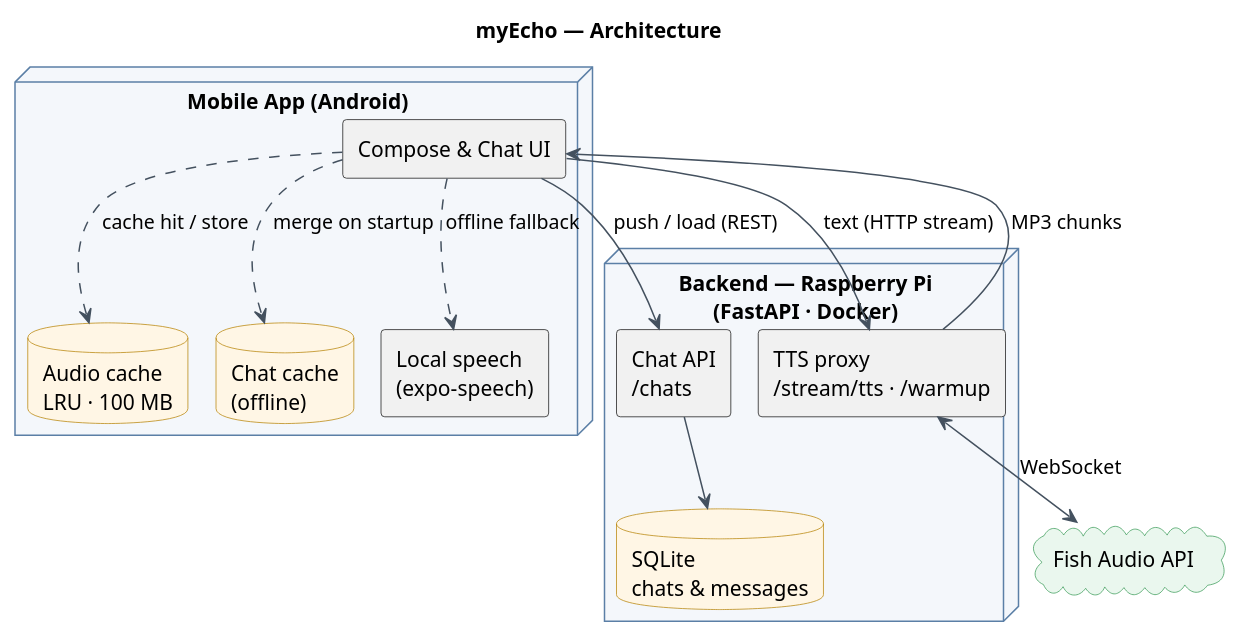
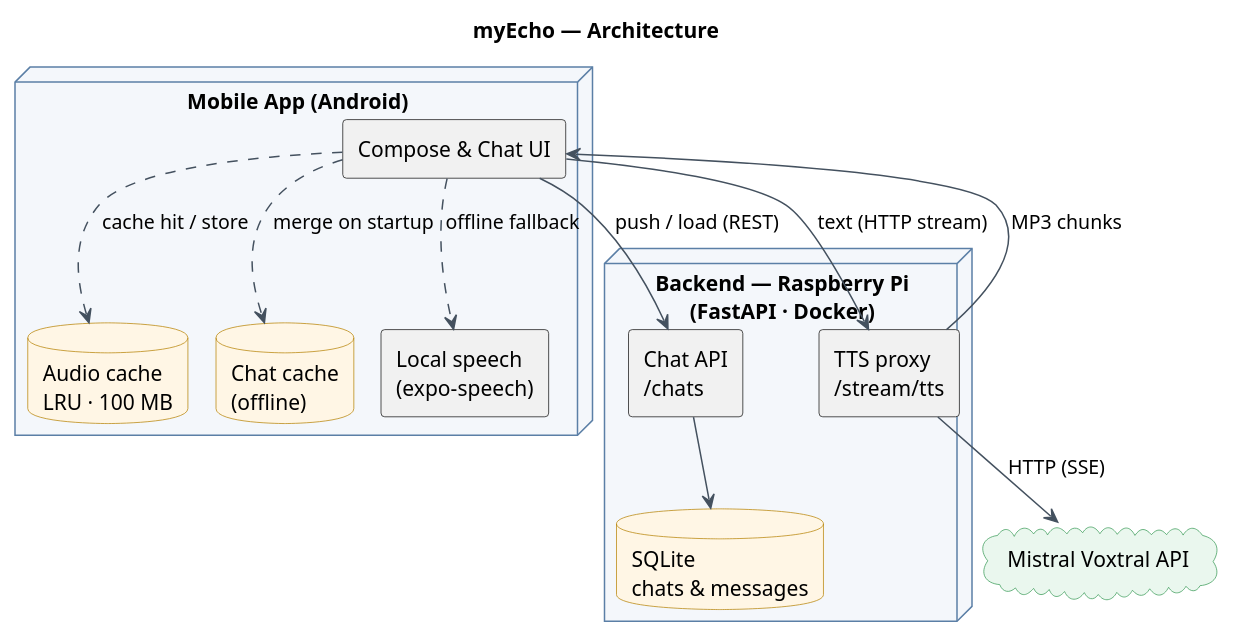
One commit to seiferla/My-Echo changed the diagram in docs/architecture.puml. Above: the diagram before and after it, drawn with PlantUML. The commit also changed 12 other files, not shown here.

First line of the commit message:
feat(tts): replace Fish Audio with Mistral Voxtral TTS

```diff
--- a/docs/architecture.puml
+++ b/docs/architecture.puml
@@ -1,46 +1,46 @@
 @startuml myecho-architecture
 !pragma layout smetana
 title myEcho — Architecture
 
 skinparam shadowing false
 skinparam defaultFontName Helvetica
 skinparam componentStyle rectangle
 skinparam ArrowColor #44515F
 skinparam node {
   BackgroundColor #F4F7FB
   BorderColor #5B7FA6
 }
 skinparam database {
   BackgroundColor #FFF6E5
   BorderColor #B8860B
 }
 skinparam cloud {
   BackgroundColor #EAF7EE
   BorderColor #3C9D5A
 }
 
 node "Mobile App (Android)" as device {
   [Compose & Chat UI] as ui
   database "Audio cache\nLRU · 100 MB" as acache
   database "Chat cache\n(offline)" as ccache
   [Local speech\n(expo-speech)] as fallback
 }
 
 node "Backend — Raspberry Pi\n(FastAPI · Docker)" as pi {
-  [TTS proxy\n/stream/tts · /warmup] as tts
+  [TTS proxy\n/stream/tts] as tts
   [Chat API\n/chats] as chatapi
   database "SQLite\nchats & messages" as db
 }
 
-cloud "Fish Audio API" as fish
+cloud "Mistral Voxtral API" as voice
 
 ui  -->  tts      : text (HTTP stream)
 tts -->  ui       : MP3 chunks
-tts <--> fish     : WebSocket
+tts -->  voice    : HTTP (SSE)
 ui  ..>  acache   : cache hit / store
 ui  ..>  fallback : offline fallback
 
 ui      -->  chatapi : push / load (REST)
 chatapi -->  db
 ui      ..>  ccache  : merge on startup
 @enduml
```
